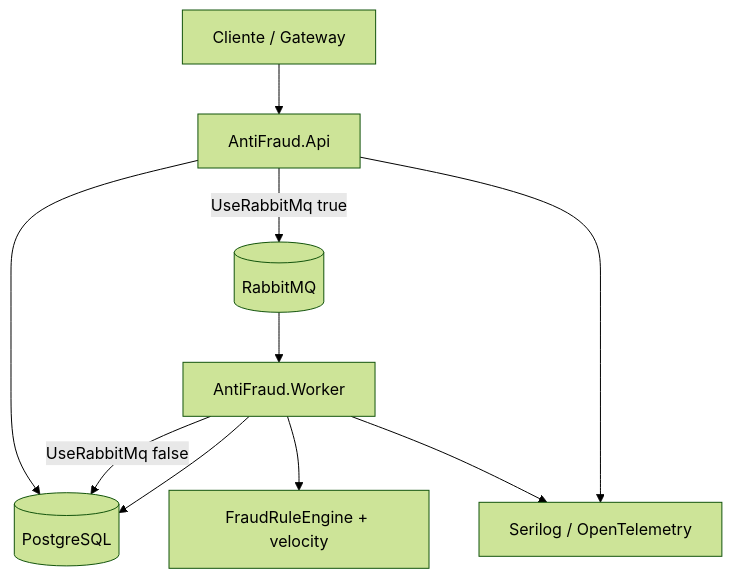
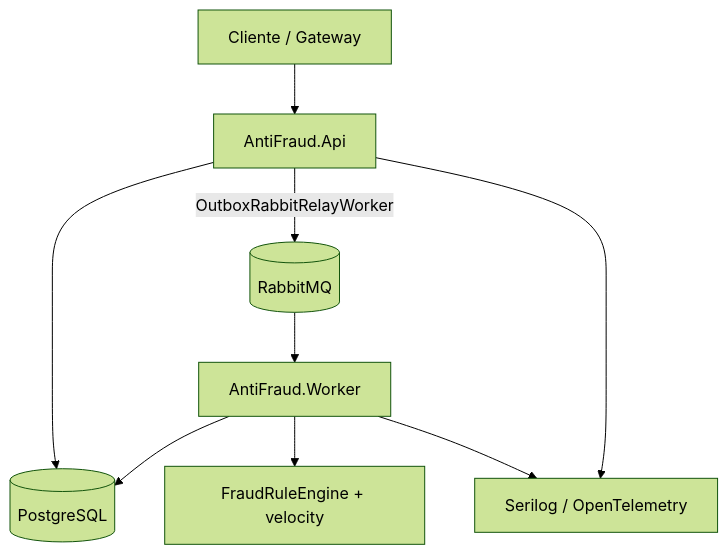
Before and after one commit to BoscoBecker/Antifraude-dotnet: the first of 2 diagrams in README.md, drawn with Mermaid (forest theme). The commit also changed other lines of this file and 14 other files, not shown here.

First line of the commit message:
Tornar o RabbitMQ obrigatório para o fluxo de *outbox*

````diff
--- a/README.md
+++ b/README.md
@@ -59,12 +59,11 @@
 ```mermaid
 flowchart TB
     Client[Cliente / Gateway] --> API[AntiFraud.Api]
     API --> PG[(PostgreSQL)]
-    API -->|UseRabbitMq true| RMQ[(RabbitMQ)]
+    API -->|OutboxRabbitRelayWorker| RMQ[(RabbitMQ)]
     RMQ --> Worker[AntiFraud.Worker]
-    Worker -->|UseRabbitMq false| PG
     Worker --> PG
     Worker --> Rules[FraudRuleEngine + velocity]
     API --> Logs[Serilog / OpenTelemetry]
     Worker --> Logs
 ```
````
